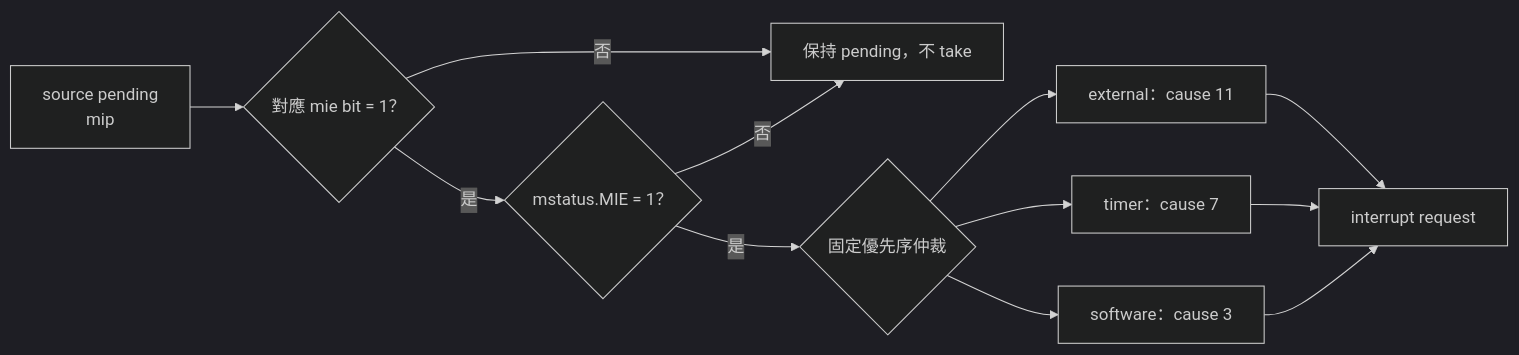
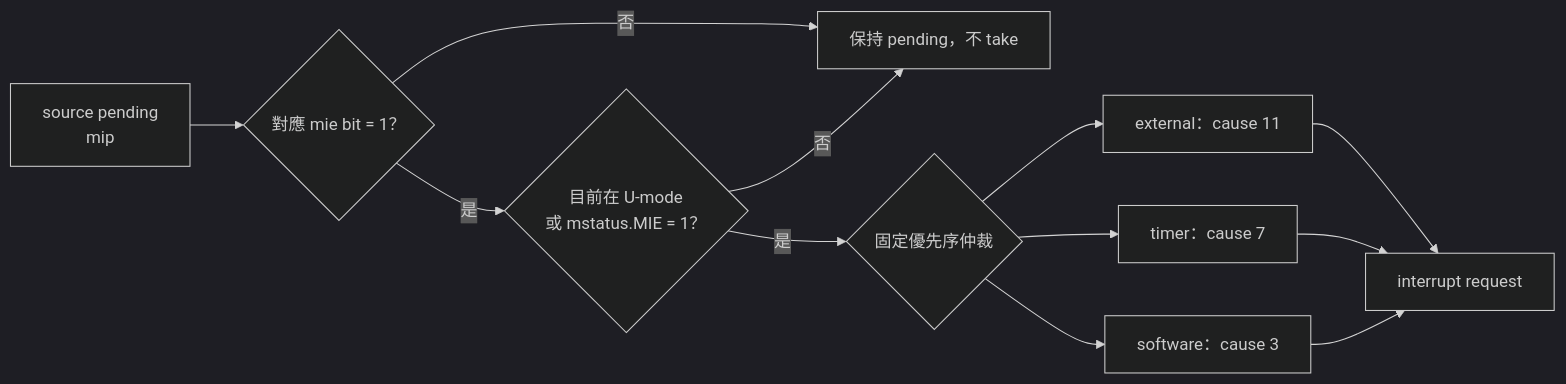
Before and after one commit to codyhsiao07/cpu_design: the eighth of 9 diagrams in docs/01-architecture/CSR_EXCEPTION_INTERRUPT.md, drawn with Mermaid (dark theme). The commit also changed other lines of this file and 40 other files, not shown here.

````diff
--- a/docs/01-architecture/CSR_EXCEPTION_INTERRUPT.md
+++ b/docs/01-architecture/CSR_EXCEPTION_INTERRUPT.md
@@ -748,14 +753,14 @@
 ```mermaid
 flowchart LR
     PEND["source pending<br/>mip"] --> LOCAL{"對應 mie bit = 1？"}
     LOCAL -->|"否"| WAIT["保持 pending，不 take"]
-    LOCAL -->|"是"| GLOBAL{"mstatus.MIE = 1？"}
+    LOCAL -->|"是"| GLOBAL{"目前在 U-mode<br/>或 mstatus.MIE = 1？"}
     GLOBAL -->|"否"| WAIT
     GLOBAL -->|"是"| ARB{"固定優先序仲裁"}
     ARB --> EXT["external：cause 11"]
     ARB --> TIMER["timer：cause 7"]
     ARB --> SW["software：cause 3"]
     EXT --> REQ["interrupt request"]
     TIMER --> REQ
     SW --> REQ
 ```
````
